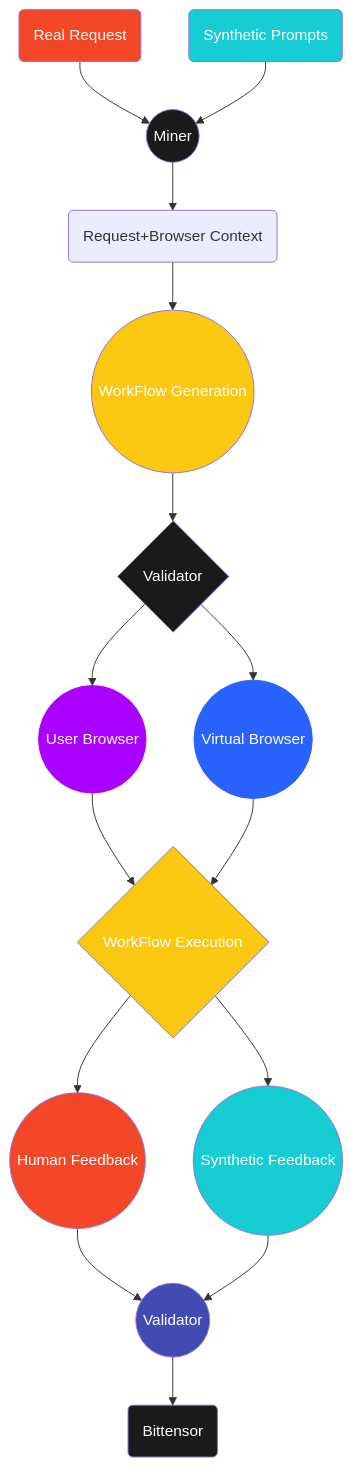
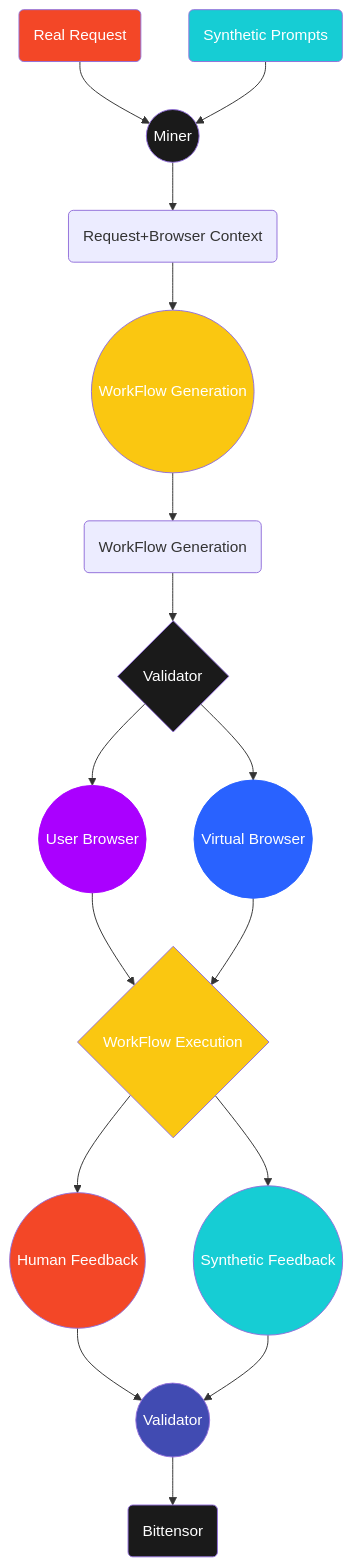
The diagram in browser-assistance-subnet/incentive-mechanism.mdx (KhadijaPhool/docs), drawn with Mermaid before and after one commit.

Commit message:
Documentation edits made through Mintlify web editor

````diff
--- a/browser-assistance-subnet/incentive-mechanism.mdx
+++ b/browser-assistance-subnet/incentive-mechanism.mdx
@@ -32,44 +32,45 @@
 ```mermaid
 flowchart TD
 %% Nodes
     A("Real Request")
     Z("Synthetic Prompts")
     B(("Miner"))
     C(("WorkFlow Generation"))
     D{"Validator"}
     E((User Browser))
     F{"WorkFlow Execution"}
     X(("Human Feedback"))
     Y(("Validator"))
     I(("Virtual Browser"))
     W(("Synthetic Feedback"))
     V("Bittensor")
     R("Request+Browser Context")
+    S("WorkFlow Generation")
 
 %% Edge connections between nodes
-    A --> B --> R --> C --> D --> E --> F --> X --> Y
+    A --> B --> R --> C --> S --> D --> E --> F --> X --> Y
     Z --> B
     D  --> I --> F --> W --> Y --> V
 
 %% Individual node styling. Try the visual editor toolbar for easier styling!
     style A color:#FFFFFF, fill:#F34727
     style Z color:#FFFFFF, fill:#16CDD4
     style B color:#FFFFFF, fill:#1A1A1A
     style C color:#FFFFFF, fill:#FAC711
     style D color:#FFFFFF, fill:#1A1A1A
     style F color:#FFFFFF, fill:#FAC711
     style E color:#FFFFFF, fill:#F34727
     style X color:#FFFFFF, fill:#F34727
     style I color:#FFFFFF, fill:#16CDD4
     style W color:#FFFFFF, fill:#16CDD4
     style Y color:#FFFFFF, fill:#414BB2
     style V color:#FFFFFF, fill:#1A1A1A
 
 
 
     style E color:#FFFFFF, fill:#AA00FF, stroke:#AA00FF
     style I color:#FFFFFF, stroke:#2962FF, fill:#2962FF
 
 %% You can add notes with two "%" signs in a row!
 
 ```
````
